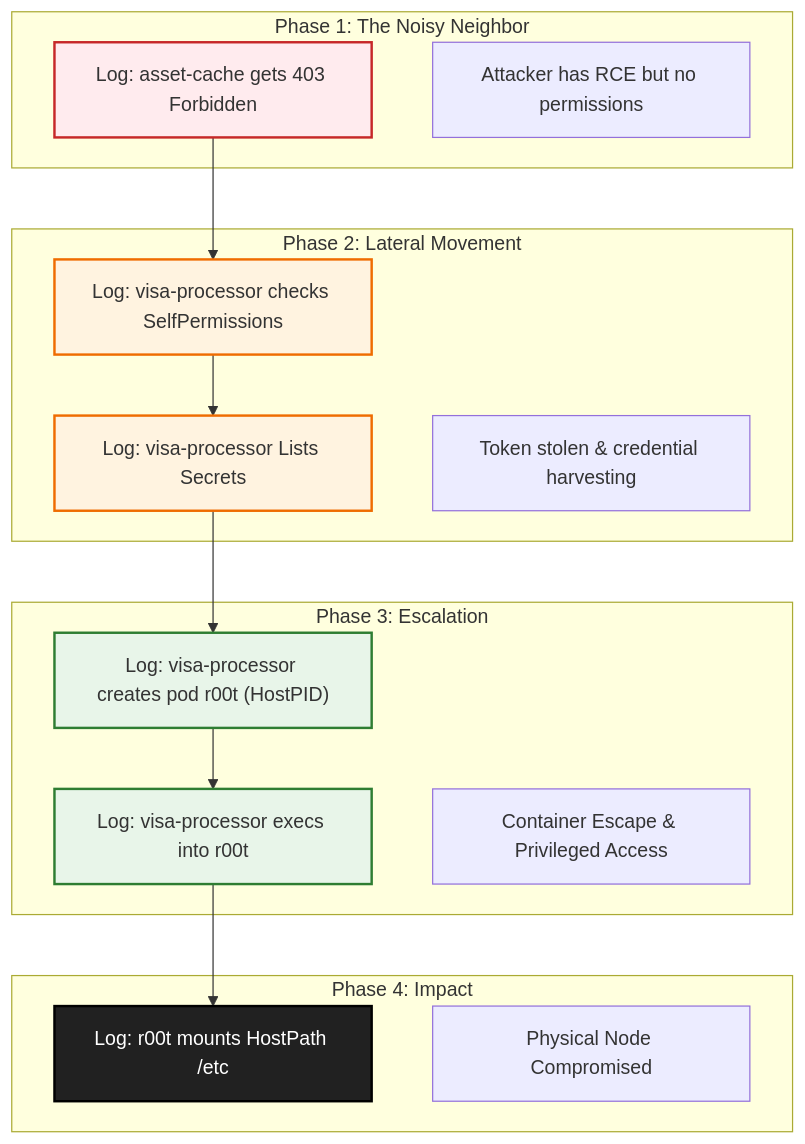
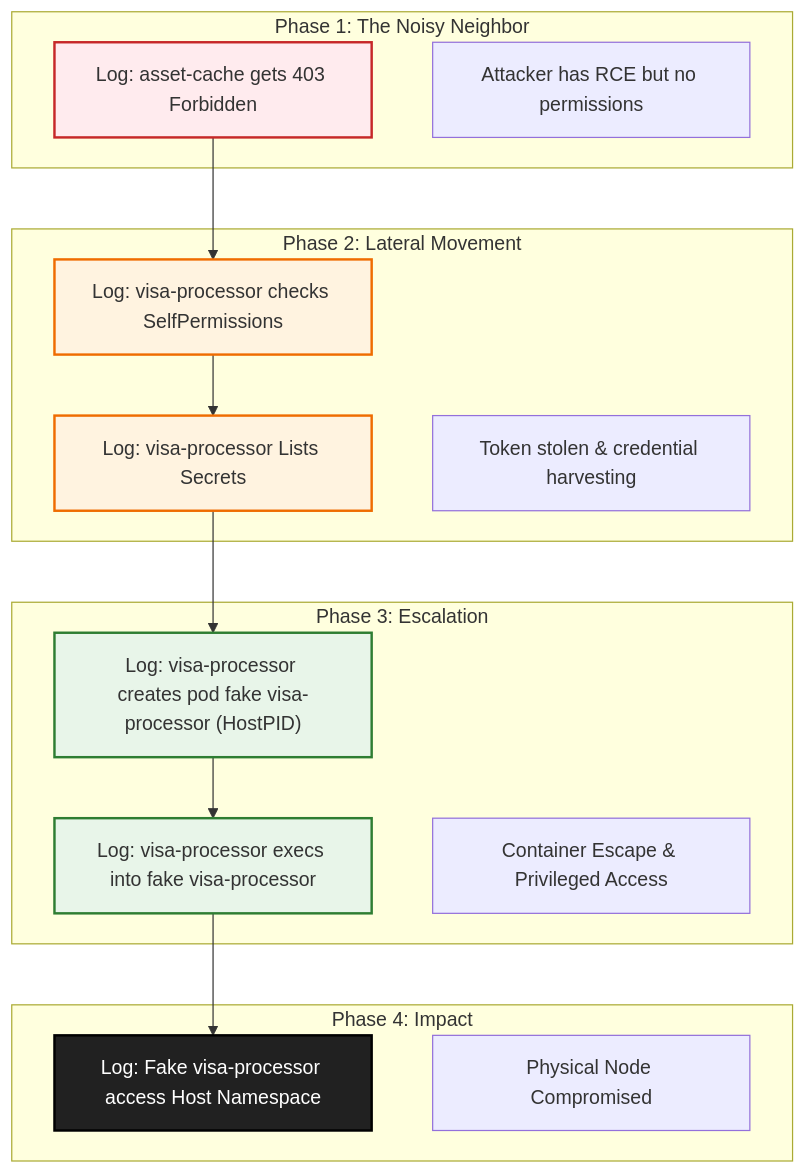
The diagram in auditing/audit-log-Investigation.md (ralvares/security-demos), drawn with Mermaid before and after one commit. The commit also changed other lines of this file and 3 other files, not shown here.

Commit message:
refactor: Enhance asset-cache and visa-processor scripts for improved RCE exploitation and auditing

````diff
--- a/auditing/audit-log-Investigation.md
+++ b/auditing/audit-log-Investigation.md
@@ -198,32 +334,32 @@
 ```mermaid
 flowchart TD
     %% Define Styles
     classDef frontend fill:#ffebee,stroke:#c62828,stroke-width:2px;
     classDef lateral fill:#fff3e0,stroke:#ef6c00,stroke-width:2px;
     classDef escalation fill:#e8f5e9,stroke:#2e7d32,stroke-width:2px;
     classDef takeover fill:#212121,stroke:#000,stroke-width:2px,color:#fff;
 
     subgraph Phase1 ["Phase 1: The Noisy Neighbor"]
         A["Log: asset-cache gets 403 Forbidden"]:::frontend
         Note1["Attacker has RCE but no permissions"]
     end
 
     subgraph Phase2 ["Phase 2: Lateral Movement"]
         B["Log: visa-processor checks SelfPermissions"]:::lateral
         C["Log: visa-processor Lists Secrets"]:::lateral
         Note2["Token stolen & credential harvesting"]
     end
 
     subgraph Phase3 ["Phase 3: Escalation"]
-        D["Log: visa-processor creates pod r00t (HostPID)"]:::escalation
-        E["Log: visa-processor execs into r00t"]:::escalation
+        D["Log: visa-processor creates pod fake visa-processor (HostPID)"]:::escalation
+        E["Log: visa-processor execs into fake visa-processor"]:::escalation
         Note3["Container Escape & Privileged Access"]
     end
 
     subgraph Phase4 ["Phase 4: Impact"]
-        F["Log: r00t mounts HostPath /etc"]:::takeover
+        F["Log: Fake visa-processor access Host Namespace"]:::takeover
         Note4["Physical Node Compromised"]
     end
 
     A --> B --> C --> D --> E --> F
 ```
````
